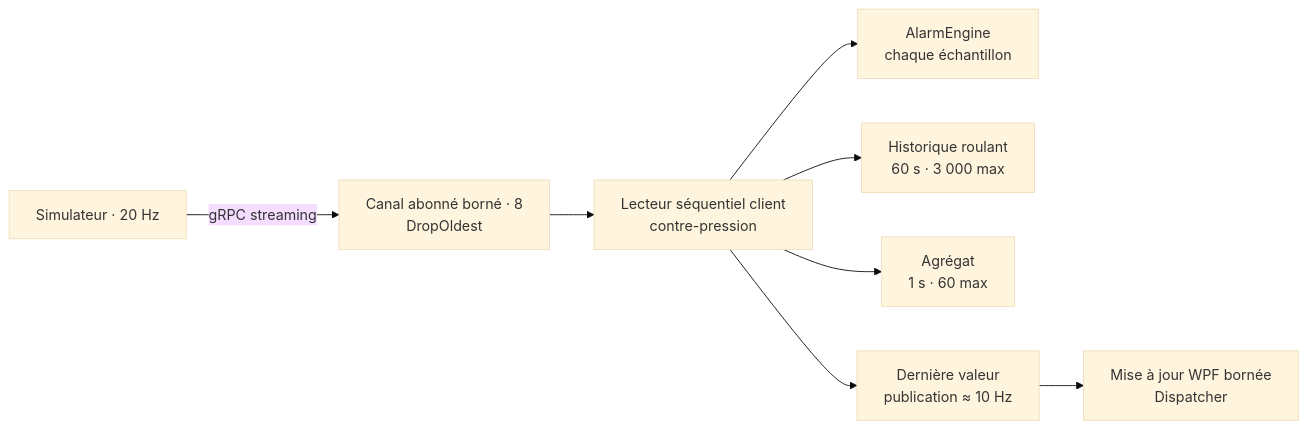
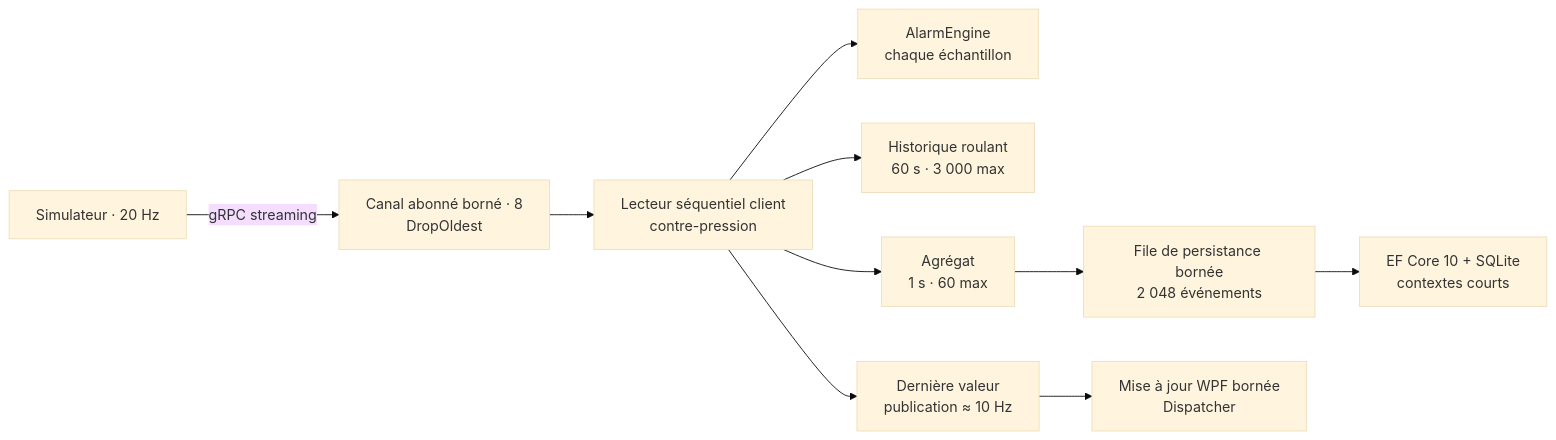
Before and after one commit to arnaud-wissart-lab/layup-pulse: the second of 5 diagrams in docs/architecture.md, drawn with Mermaid (base theme). The commit also changed other lines of this file and 51 other files, not shown here.

````diff
--- a/docs/architecture.md
+++ b/docs/architecture.md
@@ -102,10 +102,12 @@
 ```mermaid
 flowchart LR
     Simulator["Simulateur · 20 Hz"] -->|"gRPC streaming"| ServerBuffer["Canal abonné borné · 8<br/>DropOldest"]
     ServerBuffer --> Reader["Lecteur séquentiel client<br/>contre-pression"]
     Reader --> Rules["AlarmEngine<br/>chaque échantillon"]
     Reader --> Rolling["Historique roulant<br/>60 s · 3 000 max"]
     Reader --> Aggregate["Agrégat<br/>1 s · 60 max"]
+    Aggregate --> PersistenceQueue["File de persistance bornée<br/>2 048 événements"]
+    PersistenceQueue --> SQLite["EF Core 10 + SQLite<br/>contextes courts"]
     Reader --> Coalescer["Dernière valeur<br/>publication ≈ 10 Hz"]
     Coalescer --> Dispatcher["Mise à jour WPF bornée<br/>Dispatcher"]
 ```
````
